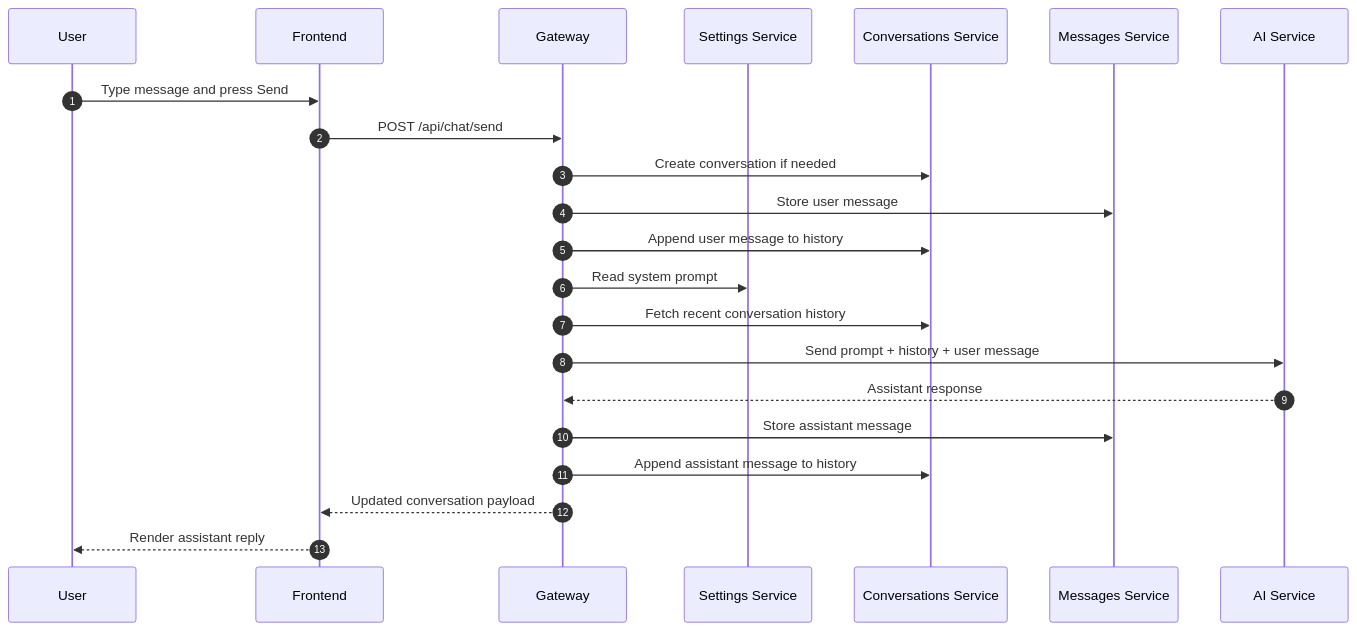
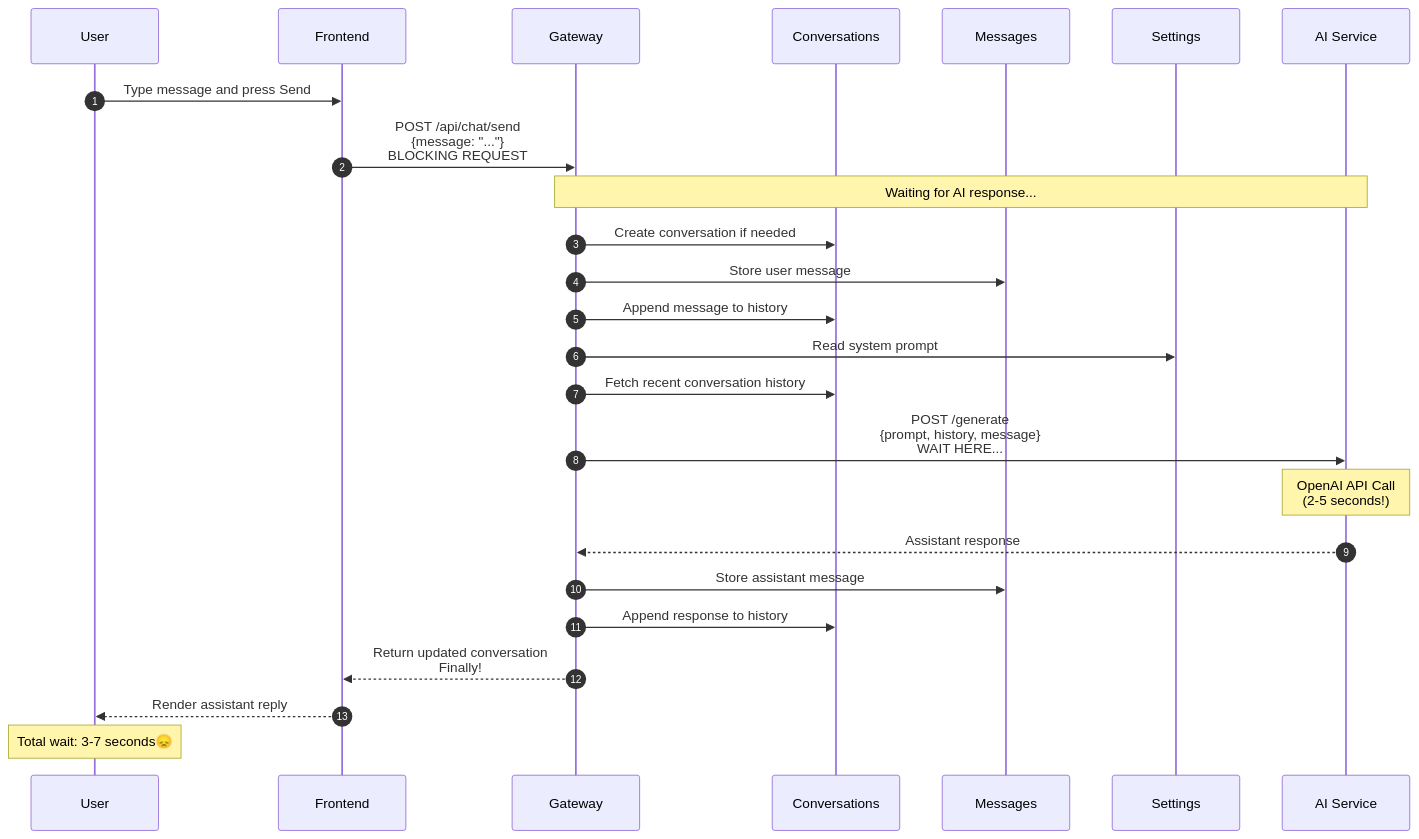
The third of 3 diagrams in microservices/README.md (ybhandarims/llm-chatbot), drawn with Mermaid before and after one commit. The commit also changed other lines of this file and 46 other files, not shown here.

````diff
--- a/microservices/README.md
+++ b/microservices/README.md
@@ -78,25 +285,33 @@
 ```mermaid
 sequenceDiagram
 	autonumber
 	participant U as User
 	participant FE as Frontend
 	participant GW as Gateway
-	participant SET as Settings Service
-	participant CON as Conversations Service
-	participant MSG as Messages Service
+	participant CON as Conversations
+	participant MSG as Messages
+	participant SET as Settings
 	participant AI as AI Service
 
 	U->>FE: Type message and press Send
-	FE->>GW: POST /api/chat/send
+	FE->>GW: POST /api/chat/send<br/>{message: "..."}<br/>BLOCKING REQUEST
+	
+	Note over GW,AI: Waiting for AI response...
 	GW->>CON: Create conversation if needed
 	GW->>MSG: Store user message
-	GW->>CON: Append user message to history
+	GW->>CON: Append message to history
 	GW->>SET: Read system prompt
 	GW->>CON: Fetch recent conversation history
-	GW->>AI: Send prompt + history + user message
+	
+	GW->>AI: POST /generate<br/>{prompt, history, message}<br/>WAIT HERE...
+	
+	Note over AI: OpenAI API Call<br/>(2-5 seconds!)
 	AI-->>GW: Assistant response
+	
 	GW->>MSG: Store assistant message
-	GW->>CON: Append assistant message to history
-	GW-->>FE: Updated conversation payload
+	GW->>CON: Append response to history
+	GW-->>FE: Return updated conversation<br/>Finally!
+	
 	FE-->>U: Render assistant reply
+	Note over U: Total wait: 3-7 seconds😞
 ```
````
